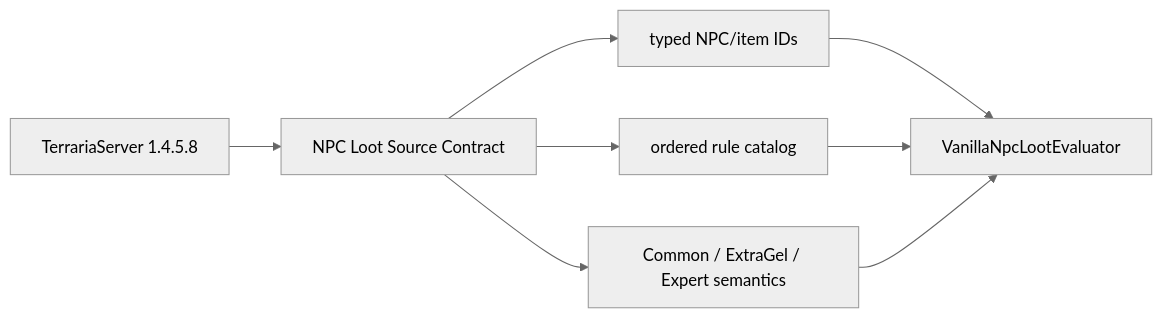
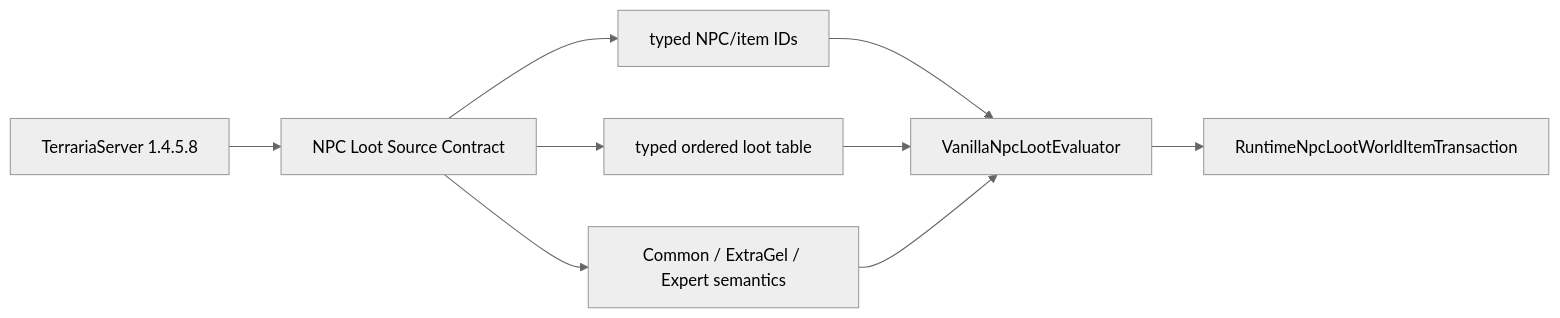
The first of 2 diagrams in docs/en/npc-loot-rules.md (VegaKernel/TerraRuntime), drawn with Mermaid (neutral theme) before and after one commit. The commit also changed other lines of this file and 5 other files, not shown here.

First line of the commit message:
Gameplay: formalize typed NPC loot tables

````diff
--- a/docs/en/npc-loot-rules.md
+++ b/docs/en/npc-loot-rules.md
@@ -24,10 +24,11 @@
 ```mermaid
 flowchart LR
     Official["TerrariaServer 1.4.5.8"] --> Probe["NPC Loot Source Contract"]
     Probe --> IDs["typed NPC/item IDs"]
-    Probe --> Rules["ordered rule catalog"]
+    Probe --> Tables["typed ordered loot table"]
     Probe --> Semantics["Common / ExtraGel / Expert semantics"]
     IDs --> Runtime["VanillaNpcLootEvaluator"]
-    Rules --> Runtime
+    Tables --> Runtime
     Semantics --> Runtime
+    Runtime --> Tx["RuntimeNpcLootWorldItemTransaction"]
 ```
````
